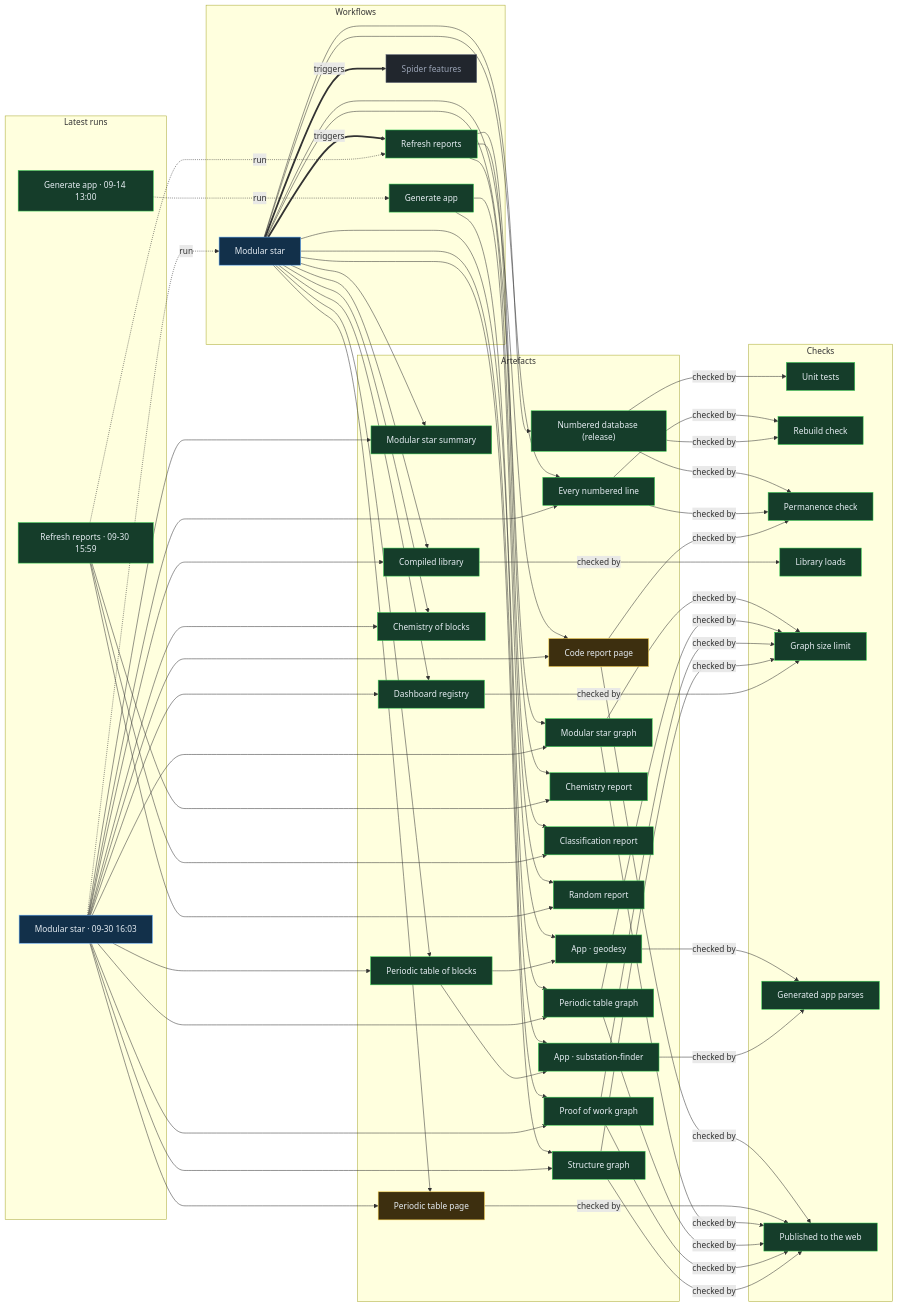
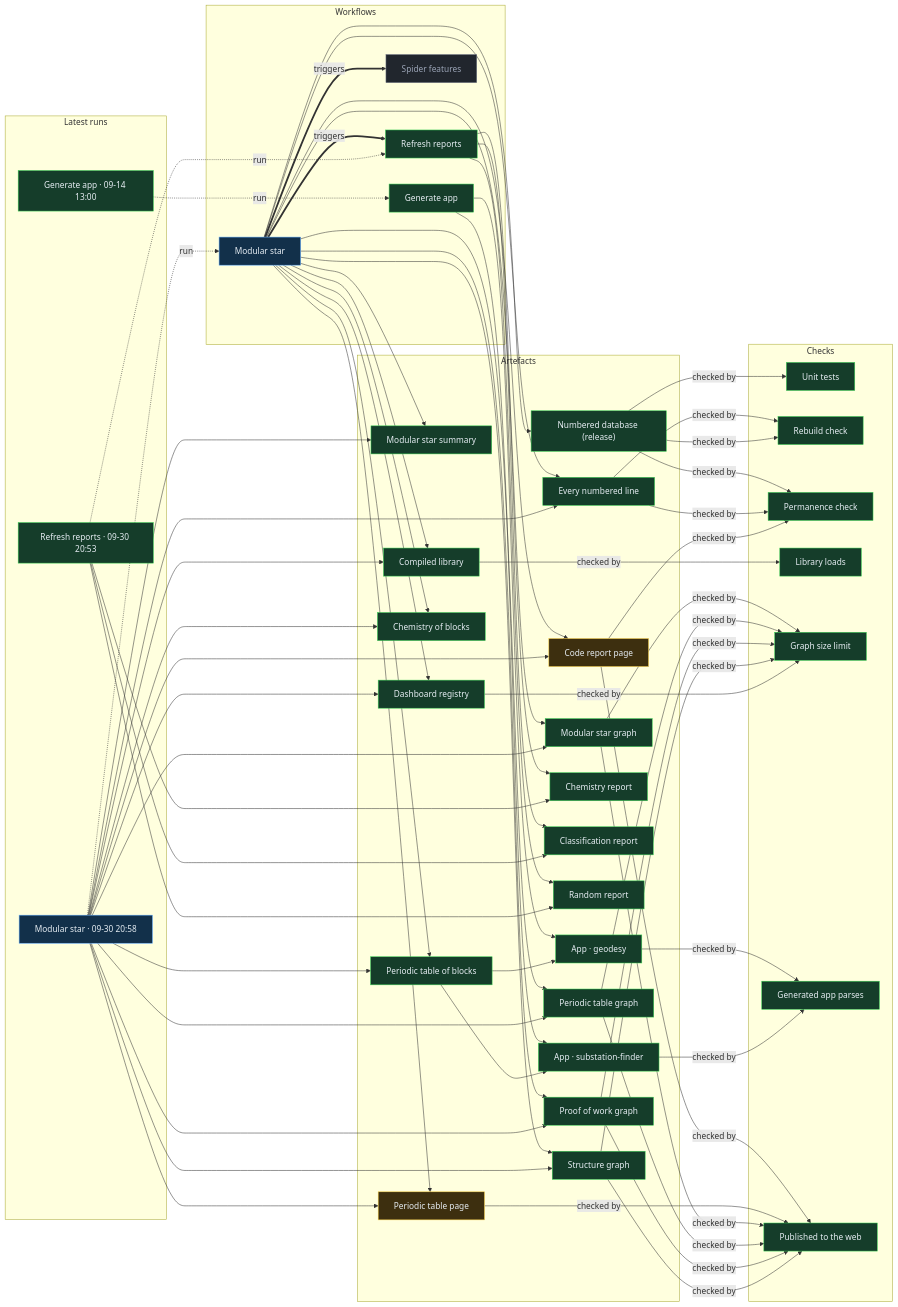
One commit to Ventusltd/stars changed the diagram in proof/PROOF.md. Above: the diagram before and after it, drawn with Mermaid. The commit also changed other lines of this file and 34 other files, not shown here.

Commit message:
Modular star 2026-09-30T21:00Z

```diff
--- a/proof/PROOF.md
+++ b/proof/PROOF.md
@@ -24,8 +24,8 @@
   n_wf_spider_features["Spider features"]:::off
   end
   subgraph g_runs["Latest runs"]
-  n_run_36741418341["Modular star · 09-30 16:03"]:::live
-  n_run_36740887424["Refresh reports · 09-30 15:59"]:::ok
+  n_run_36776313576["Modular star · 09-30 20:58"]:::live
+  n_run_36775730091["Refresh reports · 09-30 20:53"]:::ok
   n_run_34846587798["Generate app · 09-14 13:00"]:::ok
   end
   subgraph g_artefacts["Artefacts"]
@@ -59,39 +59,39 @@
   end
   n_wf_modular_star == triggers ==> n_wf_refresh
   n_wf_modular_star == triggers ==> n_wf_spider_features
-  n_run_36741418341 -. run .-> n_wf_modular_star
-  n_run_36740887424 -. run .-> n_wf_refresh
+  n_run_36776313576 -. run .-> n_wf_modular_star
+  n_run_36775730091 -. run .-> n_wf_refresh
   n_run_34846587798 -. run .-> n_wf_generate
   n_wf_modular_star --> n_art_summary
-  n_run_36741418341 --> n_art_summary
+  n_run_36776313576 --> n_art_summary
   n_wf_modular_star --> n_art_lines
-  n_run_36741418341 --> n_art_lines
+  n_run_36776313576 --> n_art_lines
   n_wf_modular_star --> n_art_code
-  n_run_36741418341 --> n_art_code
+  n_run_36776313576 --> n_art_code
   n_wf_modular_star --> n_art_modular_graph
-  n_run_36741418341 --> n_art_modular_graph
+  n_run_36776313576 --> n_art_modular_graph
   n_wf_modular_star --> n_art_blocks
-  n_run_36741418341 --> n_art_blocks
+  n_run_36776313576 --> n_art_blocks
   n_wf_modular_star --> n_art_table
-  n_run_36741418341 --> n_art_table
+  n_run_36776313576 --> n_art_table
   n_wf_modular_star --> n_art_blocks_graph
-  n_run_36741418341 --> n_art_blocks_graph
+  n_run_36776313576 --> n_art_blocks_graph
   n_wf_modular_star --> n_art_reactions
-  n_run_36741418341 --> n_art_reactions
+  n_run_36776313576 --> n_art_reactions
   n_wf_modular_star --> n_art_library
-  n_run_36741418341 --> n_art_library
+  n_run_36776313576 --> n_art_library
   n_wf_modular_star --> n_art_features
-  n_run_36741418341 --> n_art_features
+  n_run_36776313576 --> n_art_features
   n_wf_modular_star --> n_art_proof
-  n_run_36741418341 --> n_art_proof
+  n_run_36776313576 --> n_art_proof
   n_wf_modular_star --> n_art_structure
-  n_run_36741418341 --> n_art_structure
+  n_run_36776313576 --> n_art_structure
   n_wf_refresh --> n_art_chemistry
-  n_run_36740887424 --> n_art_chemistry
+  n_run_36775730091 --> n_art_chemistry
   n_wf_refresh --> n_art_vedic
-  n_run_36740887424 --> n_art_vedic
+  n_run_36775730091 --> n_art_vedic
   n_wf_refresh --> n_art_random
-  n_run_36740887424 --> n_art_random
+  n_run_36775730091 --> n_art_random
   n_wf_modular_star --> n_art_release
   n_wf_generate --> n_app_geodesy
   n_art_blocks --> n_app_geodesy
```
